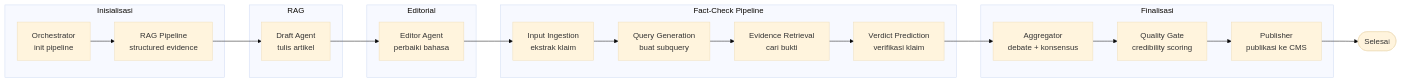
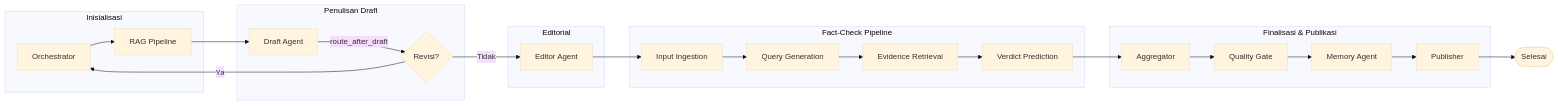
The first of 3 diagrams in docs/ARCHITECTURE.md (learn-debug/berita), drawn with Mermaid (base theme) before and after one commit. The commit also changed other lines of this file and 1 other file, not shown here.

Commit message:
docs: sync architecture graph and changelog with actual LangGraph
Memperbarui diagram Mermaid di ARCHITECTURE.md untuk menyertakan MemoryAgent dan routing baru (route_after_draft, route_after_quality). Menambahkan entri ke CHANGELOG.md.

````diff
--- a/docs/ARCHITECTURE.md
+++ b/docs/ARCHITECTURE.md
@@ -189,29 +189,32 @@
 ```mermaid
 flowchart LR
     subgraph Init["Inisialisasi"]
-        A[Orchestrator<br/>init pipeline] --> RAG[RAG Pipeline<br/>structured evidence]
+        A[Orchestrator] --> RAG[RAG Pipeline]
     end
 
-    subgraph RAGNode["RAG"]
-        RAG --> B[Draft Agent<br/>tulis artikel]
+    subgraph DraftNode["Penulisan Draft"]
+        RAG --> B[Draft Agent]
+        B --> |route_after_draft| CheckDraft{Revisi?}
+        CheckDraft --> |Ya| A
     end
 
     subgraph Editorial["Editorial"]
-        B --> C[Editor Agent<br/>perbaiki bahasa]
+        CheckDraft --> |Tidak| C[Editor Agent]
     end
 
     subgraph FactCheck["Fact-Check Pipeline"]
-        C --> D[Input Ingestion<br/>ekstrak klaim]
-        D --> E[Query Generation<br/>buat subquery]
-        E --> F[Evidence Retrieval<br/>cari bukti]
-        F --> G[Verdict Prediction<br/>verifikasi klaim]
+        C --> D[Input Ingestion]
+        D --> E[Query Generation]
+        E --> F[Evidence Retrieval]
+        F --> G[Verdict Prediction]
     end
 
-    subgraph Finalization["Finalisasi"]
-        G --> H[Aggregator<br/>debate + konsensus]
-        H --> I[Quality Gate<br/>credibility scoring]
-        I --> J[Publisher<br/>publikasi ke CMS]
+    subgraph Finalization["Finalisasi & Publikasi"]
+        G --> H[Aggregator]
+        H --> I[Quality Gate]
+        I --> J[Memory Agent]
+        J --> K[Publisher]
     end
 
-    J --> END([Selesai])
+    K --> END([Selesai])
 ```
````
